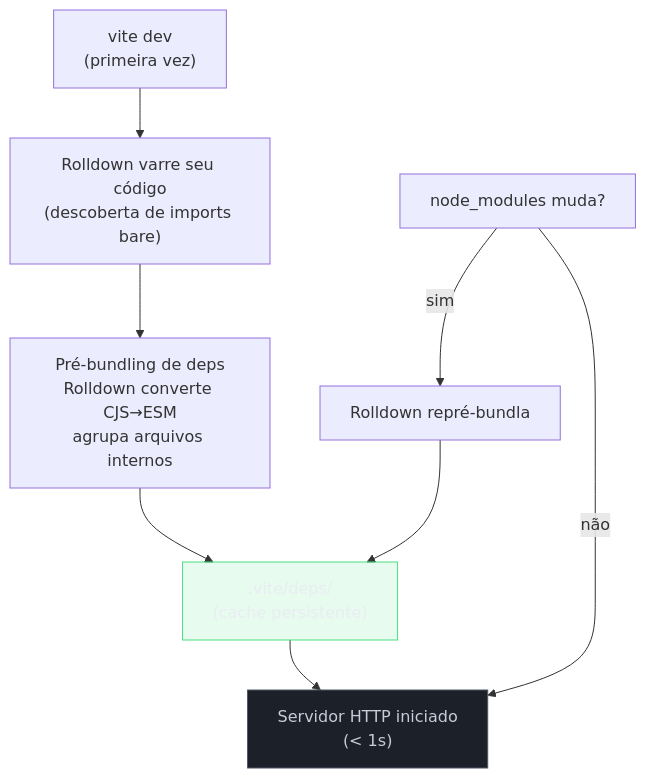
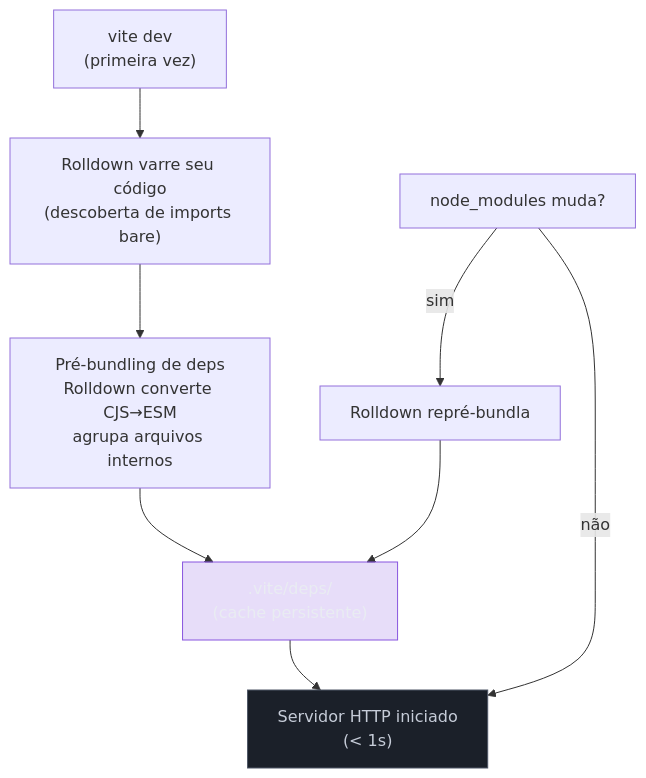
One commit to josenaldo/codex-technomanticus changed the third of 9 diagrams in 03-Dominios/Tecnologia/Tooling e Build/09 - Dev server e HMR.md. Above: the diagram before and after it, drawn with Mermaid. The commit also changed other lines of this file and 601 other files, not shown here.

````diff
--- a/03-Dominios/Tecnologia/Tooling e Build/09 - Dev server e HMR.md
+++ b/03-Dominios/Tecnologia/Tooling e Build/09 - Dev server e HMR.md
@@ -105,20 +105,20 @@
 ```mermaid
 flowchart TD
-    classDef ok fill:#4ADE8021,stroke:#4ADE80,color:#E9ECF2
+    classDef marca fill:#8855DF33,stroke:#8855DF,color:#E9ECF2
     classDef neutro fill:#1B2029,stroke:#4E5666,color:#C6CCD8
     START["vite dev\n(primeira vez)"]
     CRAWL["Rolldown varre seu código\n(descoberta de imports bare)"]
     PREBUNDLE["Pré-bundling de deps\nRolldown converte CJS→ESM\nagrupa arquivos internos"]
     CACHE[".vite/deps/\n(cache persistente)"]
     SERVER["Servidor HTTP iniciado\n(< 1s)"]
 
     CHANGE["node_modules muda?"]
     REBUILD["Rolldown repré-bundla"]
 
     START --> CRAWL --> PREBUNDLE --> CACHE --> SERVER
     CHANGE -->|sim| REBUILD --> CACHE
     CHANGE -->|não| SERVER
 
-    class CACHE ok
+    class CACHE marca
     class SERVER neutro
 ```
````
